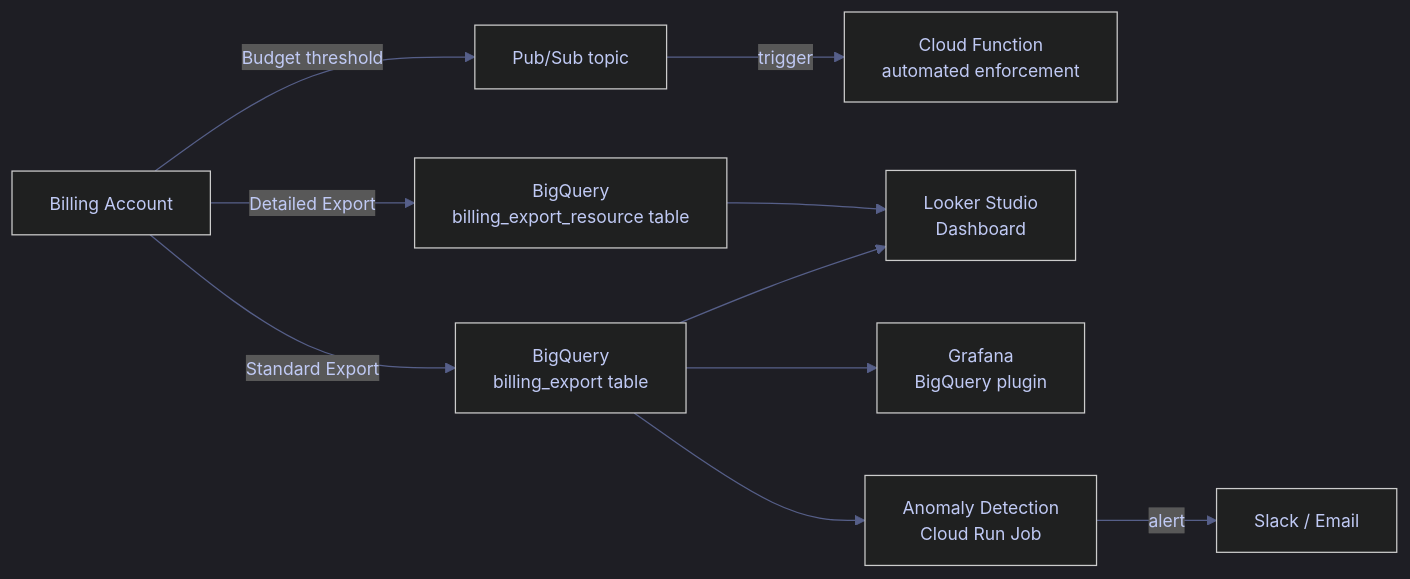
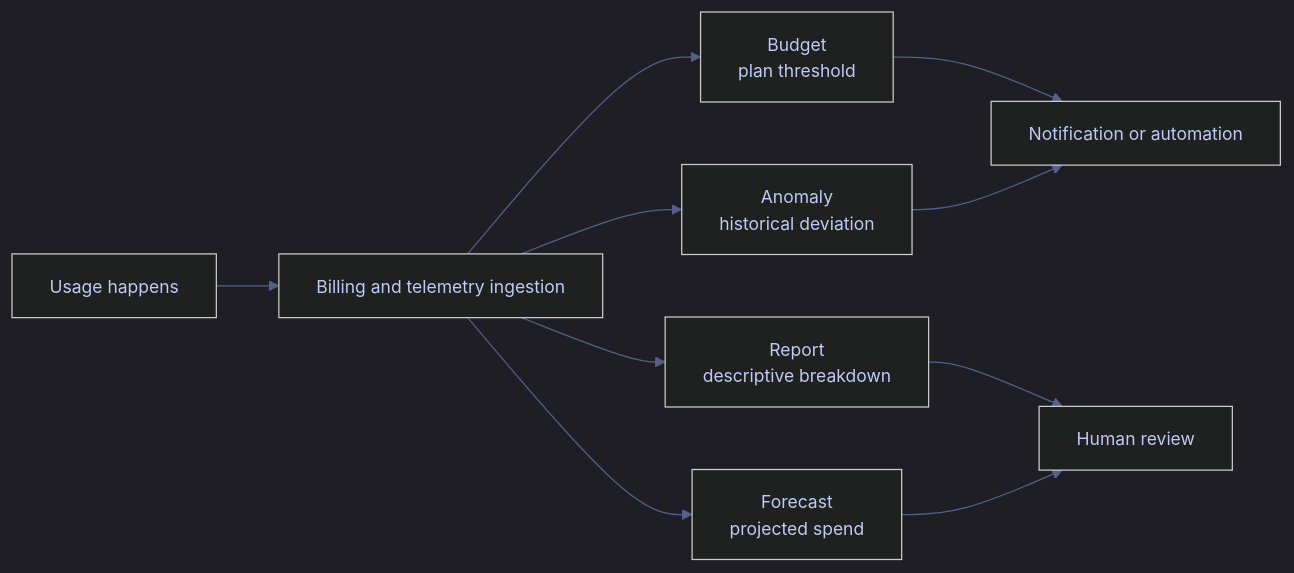
The diagram in content/06-GCP/09-Cost-Management/02-gcp-cost-monitoring-and-budgets.md (alp78/elysium), drawn with Mermaid before and after one commit. The commit also changed other lines of this file and 493 other files, not shown here.

````diff
--- a/content/06-GCP/09-Cost-Management/02-gcp-cost-monitoring-and-budgets.md
+++ b/content/06-GCP/09-Cost-Management/02-gcp-cost-monitoring-and-budgets.md
@@ -35,24 +241,24 @@
 ```mermaid
 %%{init: {'theme': 'dark', 'themeVariables': {
   'primaryColor': '#292e42',
   'primaryTextColor': '#c0caf5',
   'primaryBorderColor': '#565f89',
   'lineColor': '#565f89',
   'secondaryColor': '#1a1b26',
   'tertiaryColor': '#24283b',
   'noteTextColor': '#c0caf5',
   'noteBkgColor': '#292e42',
   'textColor': '#c0caf5',
   'fontSize': '14px'
 }}}%%
 flowchart LR
-    BA[Billing Account] -->|Standard Export| BQ1[BigQuery<br>billing_export table]
-    BA -->|Detailed Export| BQ2[BigQuery<br>billing_export_resource table]
-    BA -->|Budget threshold| PS[Pub/Sub topic]
-    PS -->|trigger| CF[Cloud Function<br>automated enforcement]
-    BQ1 --> LS[Looker Studio<br>Dashboard]
-    BQ1 --> GF[Grafana<br>BigQuery plugin]
-    BQ2 --> LS
-    BQ1 --> AD[Anomaly Detection<br>Cloud Run Job]
-    AD -->|alert| SL[Slack / Email]
+    U["Usage happens"] --> E["Billing and telemetry ingestion"]
+    E --> B["Budget<br>plan threshold"]
+    E --> A["Anomaly<br>historical deviation"]
+    E --> R["Report<br>descriptive breakdown"]
+    E --> F["Forecast<br>projected spend"]
+    B --> N["Notification or automation"]
+    A --> N
+    R --> H["Human review"]
+    F --> H
 ```
````
